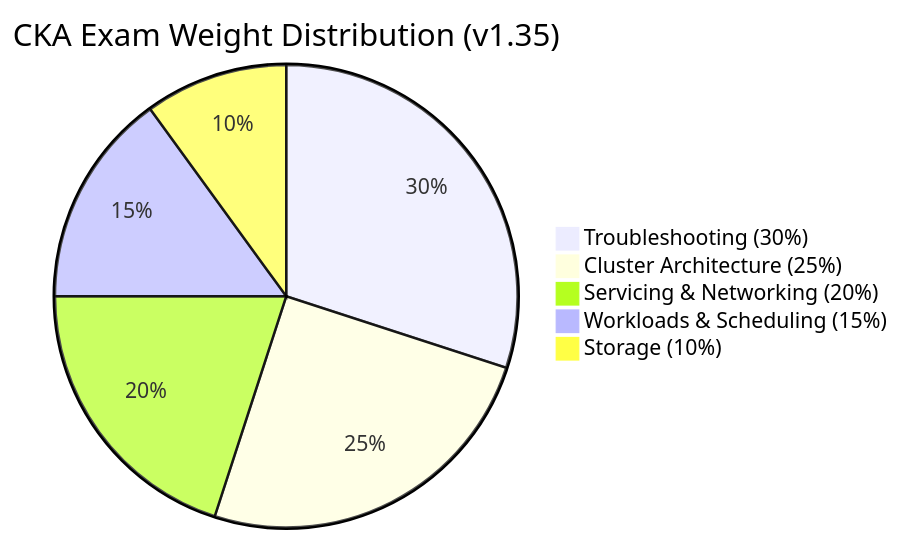
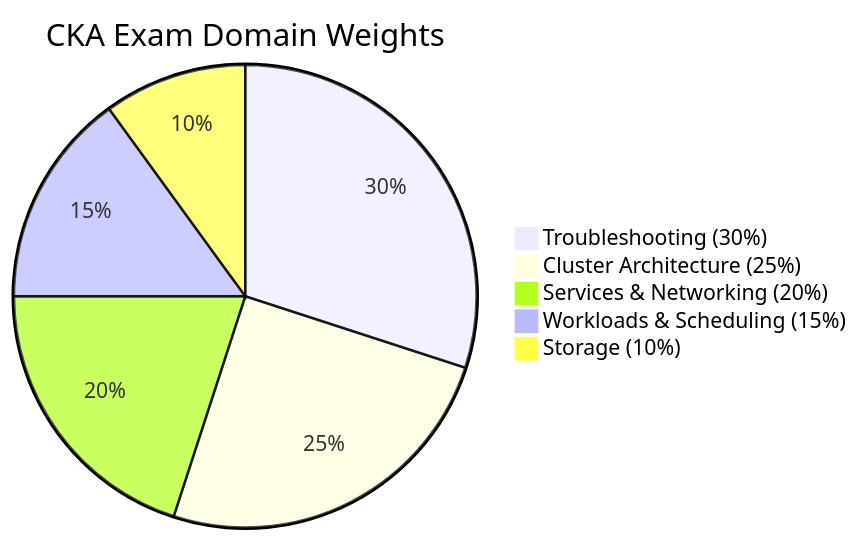
The second of 3 diagrams in README.md (techwithmohamed/CKA-Certified-Kubernetes-Administrator), drawn with Mermaid before and after one commit. The commit also changed other lines of this file and 35 other files, not shown here.

````diff
--- a/README.md
+++ b/README.md
@@ -431,8 +1533,8 @@
 ```mermaid
-pie title CKA Exam Weight Distribution (v1.35)
+pie title CKA Exam Domain Weights
     "Troubleshooting (30%)" : 30
     "Cluster Architecture (25%)" : 25
-    "Servicing & Networking (20%)" : 20
+    "Services & Networking (20%)" : 20
     "Workloads & Scheduling (15%)" : 15
     "Storage (10%)" : 10
 ```
````
